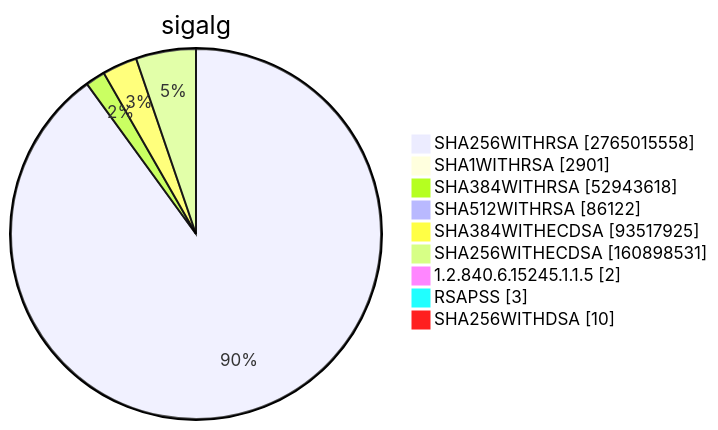
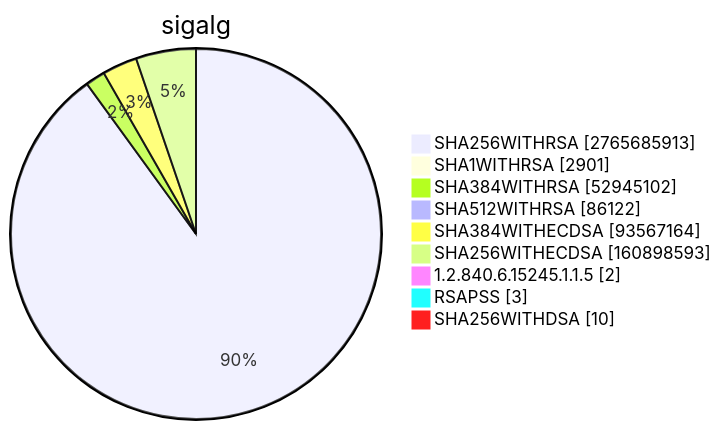
Before and after one commit to christiankrug/ctmonitor_visualization: diagram 15 of 15 in TOTAL/README.md, drawn with Mermaid. The commit also changed other lines of this file, not shown here.

````diff
--- a/TOTAL/README.md
+++ b/TOTAL/README.md
@@ -6207,13 +6207,13 @@
 ```mermaid
 pie showData
 title sigalg
-"SHA256WITHRSA" :2765015558
+"SHA256WITHRSA" :2765685913
 "SHA1WITHRSA" :2901
-"SHA384WITHRSA" :52943618
+"SHA384WITHRSA" :52945102
 "SHA512WITHRSA" :86122
-"SHA384WITHECDSA" :93517925
-"SHA256WITHECDSA" :160898531
+"SHA384WITHECDSA" :93567164
+"SHA256WITHECDSA" :160898593
 "1.2.840.6.15245.1.1.5" :2
 "RSAPSS" :3
 "SHA256WITHDSA" :10
 ```
````
